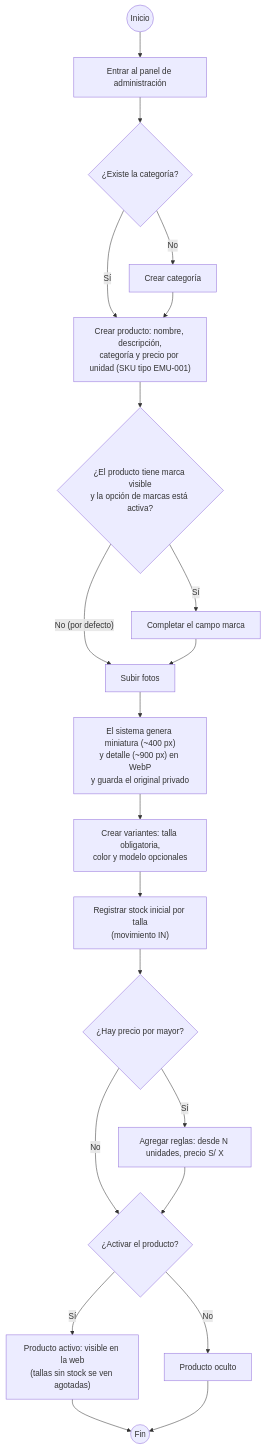
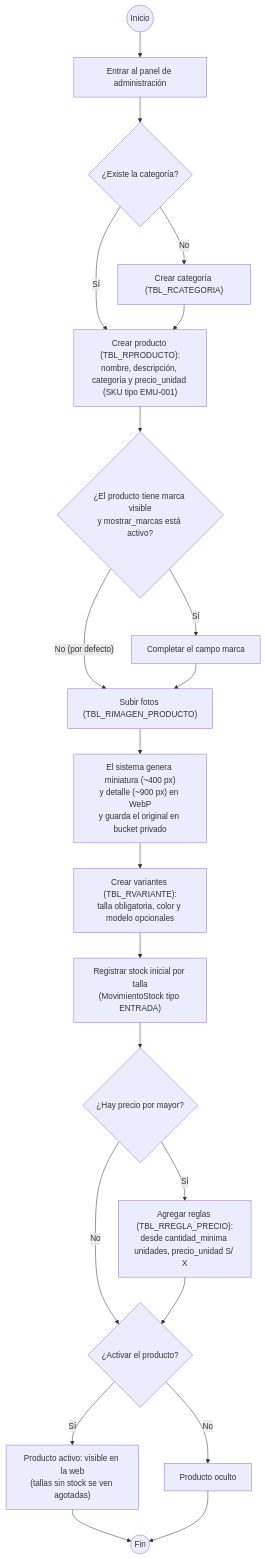
The diagram in 01-Relevamiento/diagramas/06-actividad-gestion-catalogo.md (jcoldsolutionsj-lab/Proyect_03EcomerceEmunaSport), drawn with Mermaid before and after one commit. The commit also changed other lines of this file and 43 other files, not shown here.

````diff
--- a/01-Relevamiento/diagramas/06-actividad-gestion-catalogo.md
+++ b/01-Relevamiento/diagramas/06-actividad-gestion-catalogo.md
@@ -5,23 +5,23 @@
 ```mermaid
 flowchart TD
   INI(("Inicio")) --> g1["Entrar al panel de administración"]
   g1 --> g2{"¿Existe la categoría?"}
-  g2 -- "No" --> g3["Crear categoría"]
+  g2 -- "No" --> g3["Crear categoría (TBL_RCATEGORIA)"]
   g2 -- "Sí" --> g4
-  g3 --> g4["Crear producto: nombre, descripción,<br/>categoría y precio por unidad (SKU tipo EMU-001)"]
-  g4 --> g5{"¿El producto tiene marca visible<br/>y la opción de marcas está activa?"}
+  g3 --> g4["Crear producto (TBL_RPRODUCTO):<br/>nombre, descripción, categoría y precio_unidad (SKU tipo EMU-001)"]
+  g4 --> g5{"¿El producto tiene marca visible<br/>y mostrar_marcas está activo?"}
   g5 -- "Sí" --> g6["Completar el campo marca"]
   g5 -- "No (por defecto)" --> g7
-  g6 --> g7["Subir fotos"]
-  g7 --> g8["El sistema genera miniatura (~400 px)<br/>y detalle (~900 px) en WebP<br/>y guarda el original privado"]
-  g8 --> g9["Crear variantes: talla obligatoria,<br/>color y modelo opcionales"]
-  g9 --> g10["Registrar stock inicial por talla<br/>(movimiento IN)"]
+  g6 --> g7["Subir fotos (TBL_RIMAGEN_PRODUCTO)"]
+  g7 --> g8["El sistema genera miniatura (~400 px)<br/>y detalle (~900 px) en WebP<br/>y guarda el original en bucket privado"]
+  g8 --> g9["Crear variantes (TBL_RVARIANTE):<br/>talla obligatoria, color y modelo opcionales"]
+  g9 --> g10["Registrar stock inicial por talla<br/>(MovimientoStock tipo ENTRADA)"]
   g10 --> g11{"¿Hay precio por mayor?"}
-  g11 -- "Sí" --> g12["Agregar reglas: desde N unidades, precio S/ X"]
+  g11 -- "Sí" --> g12["Agregar reglas (TBL_RREGLA_PRECIO):<br/>desde cantidad_minima unidades, precio_unidad S/ X"]
   g11 -- "No" --> g13
   g12 --> g13{"¿Activar el producto?"}
   g13 -- "Sí" --> g14["Producto activo: visible en la web<br/>(tallas sin stock se ven agotadas)"]
   g13 -- "No" --> g15["Producto oculto"]
   g14 --> FIN(("Fin"))
   g15 --> FIN
 ```
````
